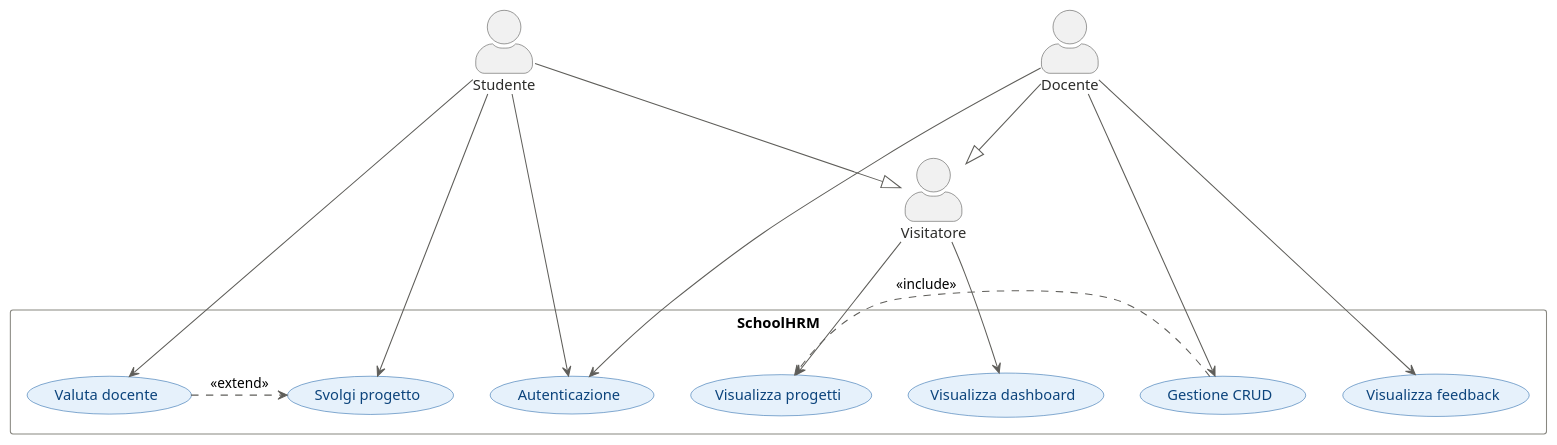
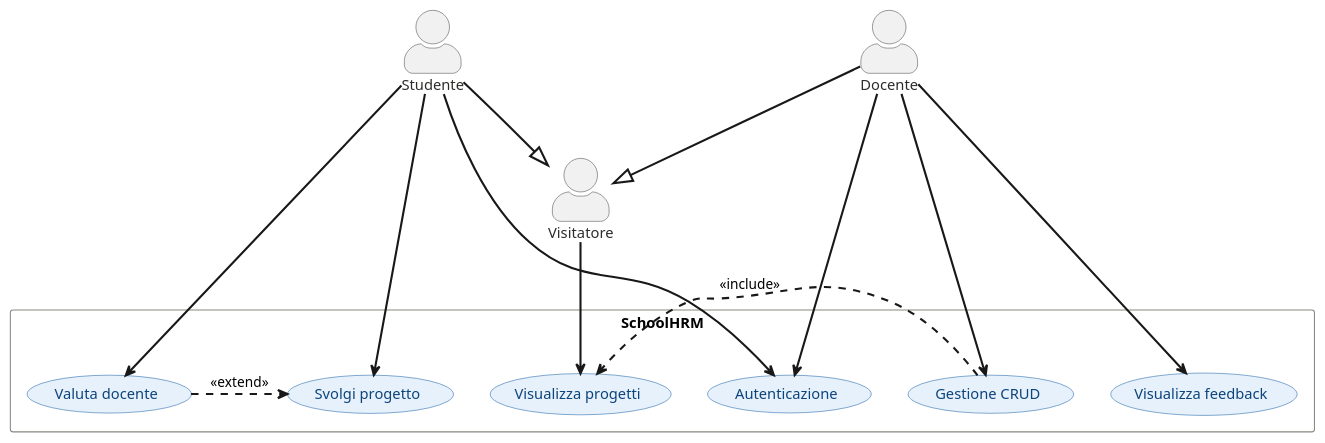
Before and after one commit to KamilIbragimov/Progetto_Di_Fine_Anno-2026: the diagram in usecase.puml, drawn with PlantUML. The commit also changed 1 other file, not shown here.

Commit message:
fix usecase.png and usecase.puml

```diff
--- a/usecase.puml
+++ b/usecase.puml
@@ -1,45 +1,46 @@
 @startuml SchoolHRM_UseCase
 
 skinparam actorStyle awesome
 skinparam packageStyle rectangle
 skinparam usecaseBorderColor #185FA5
 skinparam usecaseBackgroundColor #E6F1FB
 skinparam usecaseFontColor #0C447C
 skinparam actorBorderColor #444441
 skinparam actorFontColor #2C2C2A
 skinparam packageBorderColor #888780
 skinparam packageFontColor #444441
-skinparam ArrowColor #5F5E5A
+skinparam ArrowThickness 1
+
+
+skinparam usecaseArrowThickness 2
 
 actor "Visitatore" as Visitatore
 actor "Studente"   as Studente
 actor "Docente"    as Docente
 
 Studente --|> Visitatore
 Docente  --|> Visitatore
 
 package "SchoolHRM" {
   usecase "Visualizza progetti"    as UC03
-  usecase "Visualizza dashboard"   as UC08
   usecase "Autenticazione"         as UC_auth
   usecase "Gestione CRUD"          as UC04
   usecase "Visualizza feedback"    as UC07
   usecase "Svolgi progetto"        as UC05
   usecase "Valuta docente"         as UC06
 }
 
 Visitatore --> UC03
-Visitatore --> UC08
 
 Studente   --> UC_auth
 Studente   --> UC05
 Studente   --> UC06
 
 Docente    --> UC_auth
 Docente    --> UC04
 Docente    --> UC07
 
 UC04 .> UC03 : <<include>>
 UC06 .> UC05 : <<extend>>
 
 @enduml
```
